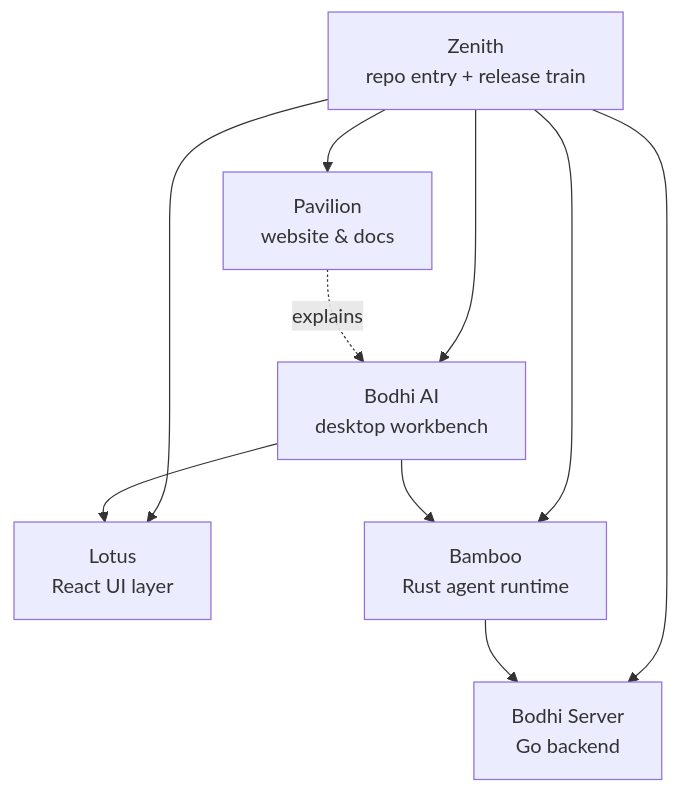
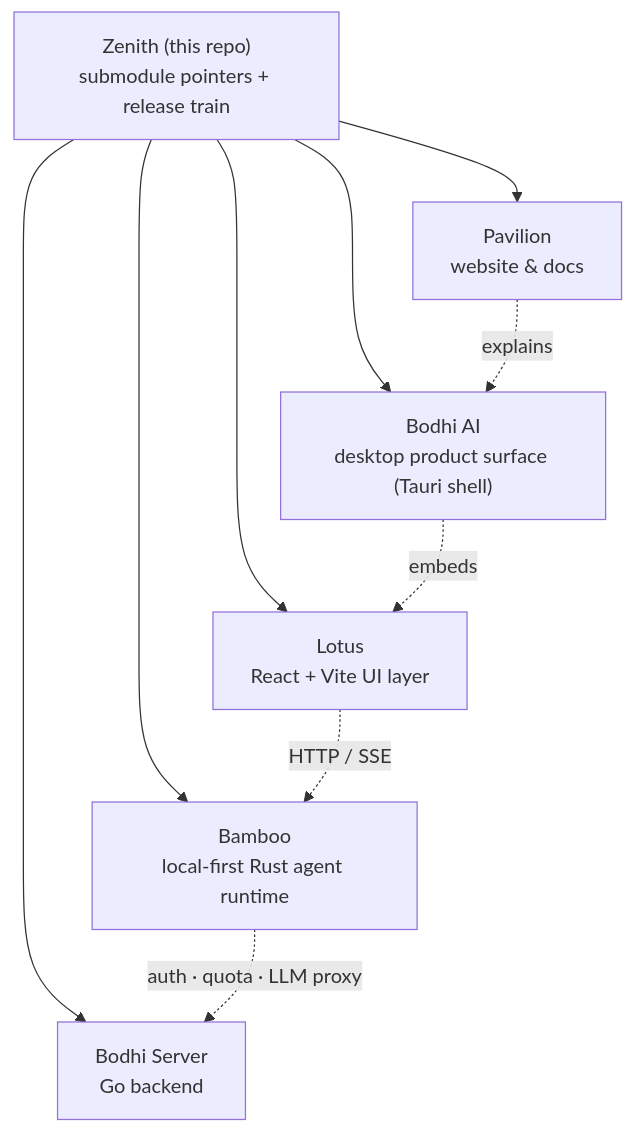
One commit to bigduu/Zenith changed the diagram in README.md. Above: the diagram before and after it, drawn with Mermaid. The commit also changed other lines of this file and 1 other file, not shown here.

First line of the commit message:
docs: bilingual README overhaul across stack + fix Bodhi-AI repo name in release train

````diff
--- a/README.md
+++ b/README.md
@@ -23,15 +35,15 @@
 ```mermaid
 graph TD
-  Z[Zenith<br/>repo entry + release train]
+  Z["Zenith (this repo)<br/>submodule pointers + release train"]
 
-  Z --> B[Bodhi AI<br/>desktop workbench]
-  Z --> L[Lotus<br/>React UI layer]
-  Z --> R[Bamboo<br/>Rust agent runtime]
-  Z --> S[Bodhi Server<br/>Go backend]
-  Z --> P[Pavilion<br/>website & docs]
+  Z --> B["Bodhi AI<br/>desktop product surface (Tauri shell)"]
+  Z --> L["Lotus<br/>React + Vite UI layer"]
+  Z --> R["Bamboo<br/>local-first Rust agent runtime"]
+  Z --> S["Bodhi Server<br/>Go backend"]
+  Z --> P["Pavilion<br/>website & docs"]
 
-  B --> L
-  B --> R
-  R --> S
+  B -. embeds .-> L
+  L -. HTTP / SSE .-> R
+  R -. auth · quota · LLM proxy .-> S
   P -. explains .-> B
 ```
````
